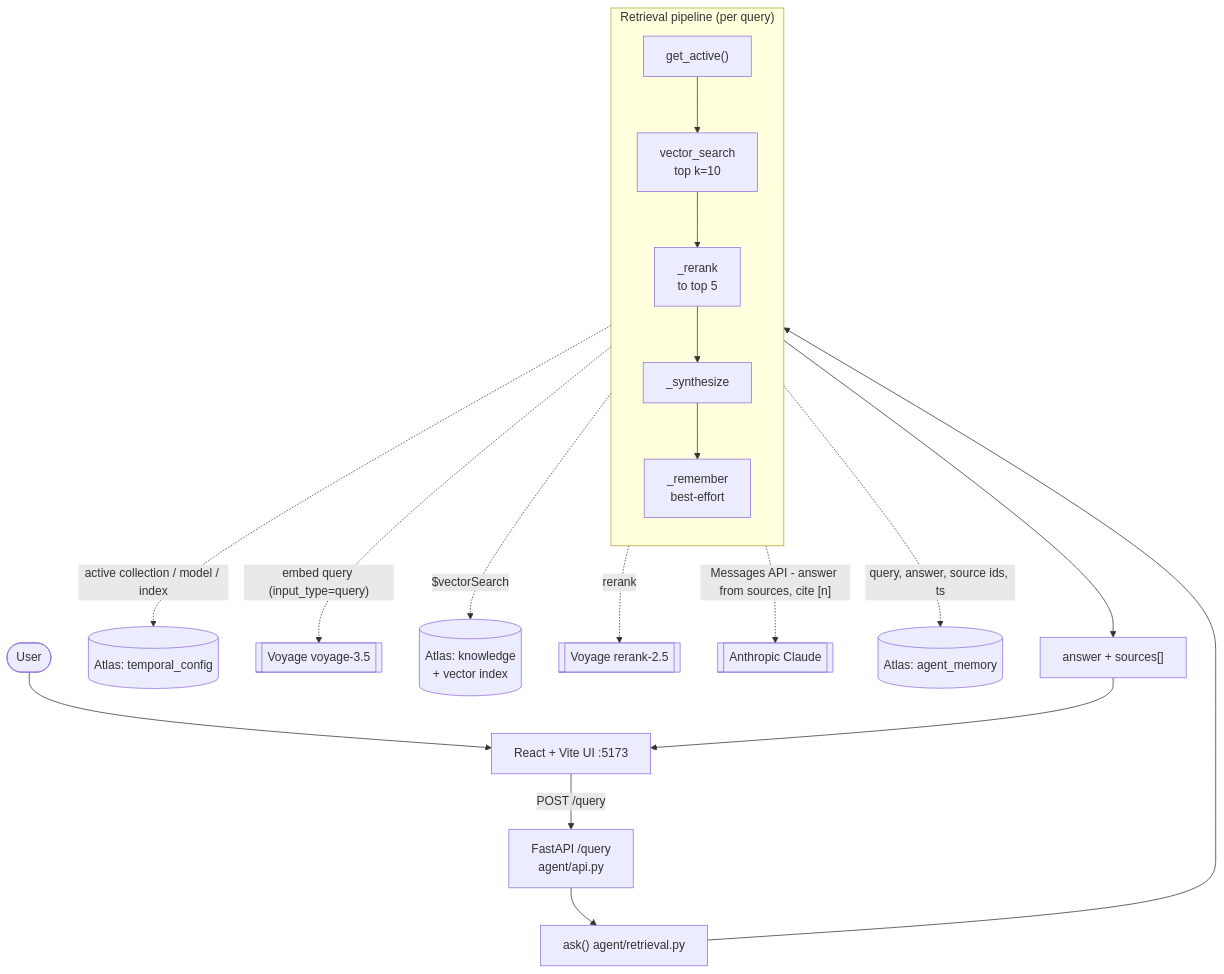
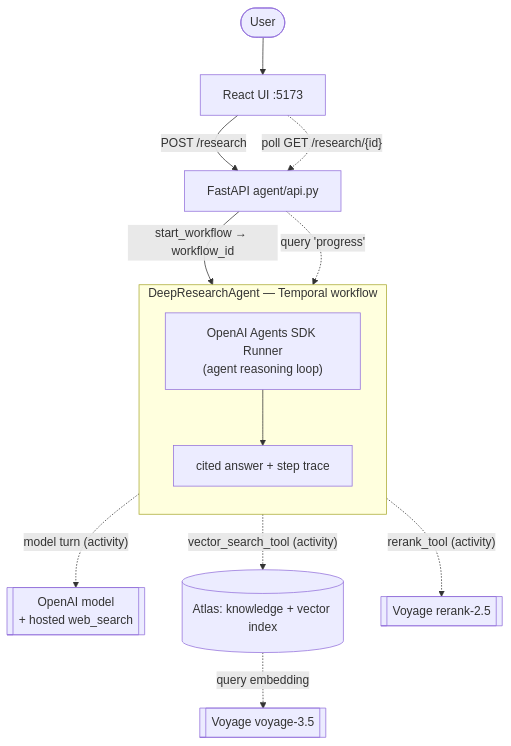
The diagram in docs/agent-retrieval.md (mongodb-partners/mdb-temporal-pra), drawn with Mermaid before and after one commit. The commit also changed other lines of this file and 24 other files, not shown here.

````diff
--- a/docs/agent-retrieval.md
+++ b/docs/agent-retrieval.md
@@ -9,26 +11,19 @@
 ```mermaid
 flowchart TB
-    user([User]) --> ui["React + Vite UI :5173"]
-    ui -->|"POST /query"| api["FastAPI /query<br/>agent/api.py"]
-    api --> ask["ask()  agent/retrieval.py"]
+    user([User]) --> ui["React UI :5173"]
+    ui -->|"POST /research"| api["FastAPI  agent/api.py"]
+    api -->|"start_workflow → workflow_id"| wf
+    ui -. "poll GET /research/{id}" .-> api
+    api -. "query 'progress'" .-> wf
 
-    subgraph flow ["Retrieval pipeline (per query)"]
+    subgraph wf ["DeepResearchAgent — Temporal workflow"]
       direction TB
-      active["get_active()"] --> vs["vector_search<br/>top k=10"]
-      vs --> rr["_rerank<br/>to top 5"]
-      rr --> syn["_synthesize"]
-      syn --> mem["_remember<br/>best-effort"]
+      loop["OpenAI Agents SDK Runner<br/>(agent reasoning loop)"]
+      loop --> answer["cited answer + step trace"]
     end
 
-    ask --> active
-
-    active -. "active collection / model / index" .-> tcfg[("Atlas: temporal_config")]
-    vs -. "embed query (input_type=query)" .-> vemb[["Voyage voyage-3.5"]]
-    vs -. "$vectorSearch" .-> know[("Atlas: knowledge<br/>+ vector index")]
-    rr -. "rerank" .-> vrr[["Voyage rerank-2.5"]]
-    syn -. "Messages API - answer from sources, cite [n]" .-> claude[["Anthropic Claude"]]
-    mem -. "query, answer, source ids, ts" .-> amem[("Atlas: agent_memory")]
-
-    mem --> resp["answer + sources[]"]
-    resp --> ui
+    loop -. "model turn (activity)" .-> oai[["OpenAI model<br/>+ hosted web_search"]]
+    loop -. "vector_search_tool (activity)" .-> know[("Atlas: knowledge + vector index")]
+    loop -. "rerank_tool (activity)" .-> rer[["Voyage rerank-2.5"]]
+    know -. "query embedding" .-> emb[["Voyage voyage-3.5"]]
 ```
````
